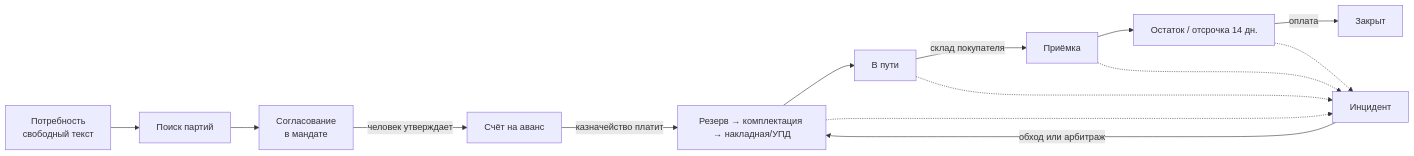
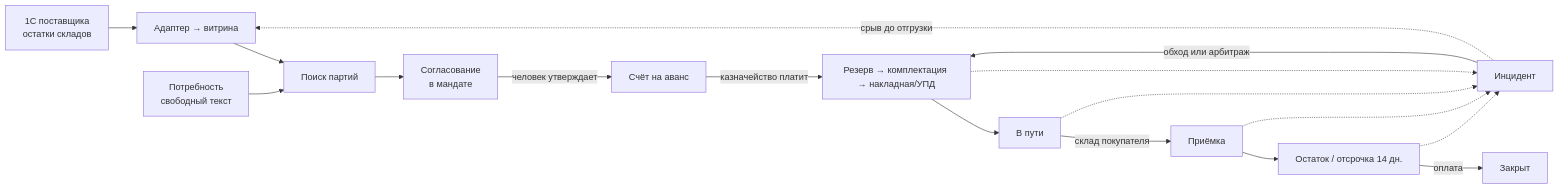
One commit to kobyzev-yuri/ai_mkt changed the first of 4 diagrams in docs/BUSINESS.md. Above: the diagram before and after it, drawn with Mermaid. The commit also changed other lines of this file and 82 other files, not shown here.

````diff
--- a/docs/BUSINESS.md
+++ b/docs/BUSINESS.md
@@ -25,16 +25,19 @@
 ```mermaid
 flowchart LR
-  A[Потребность<br/>свободный текст] --> B[Поиск партий]
+  Z[1С поставщика<br/>остатки складов] --> A0[Адаптер → витрина]
+  A0 --> B[Поиск партий]
+  A[Потребность<br/>свободный текст] --> B
   B --> C[Согласование<br/>в мандате]
   C -->|человек утверждает| D[Счёт на аванс]
   D -->|казначейство платит| E[Резерв → комплектация → накладная/УПД]
   E --> F[В пути]
   F -->|склад покупателя| G[Приёмка]
   G --> H[Остаток / отсрочка 14 дн.]
   H -->|оплата| I[Закрыт]
   E -.-> J[Инцидент]
   F -.-> J
   G -.-> J
   H -.-> J
   J -->|обход или арбитраж| E
+  J -.->|срыв до отгрузки| A0
 ```
````
